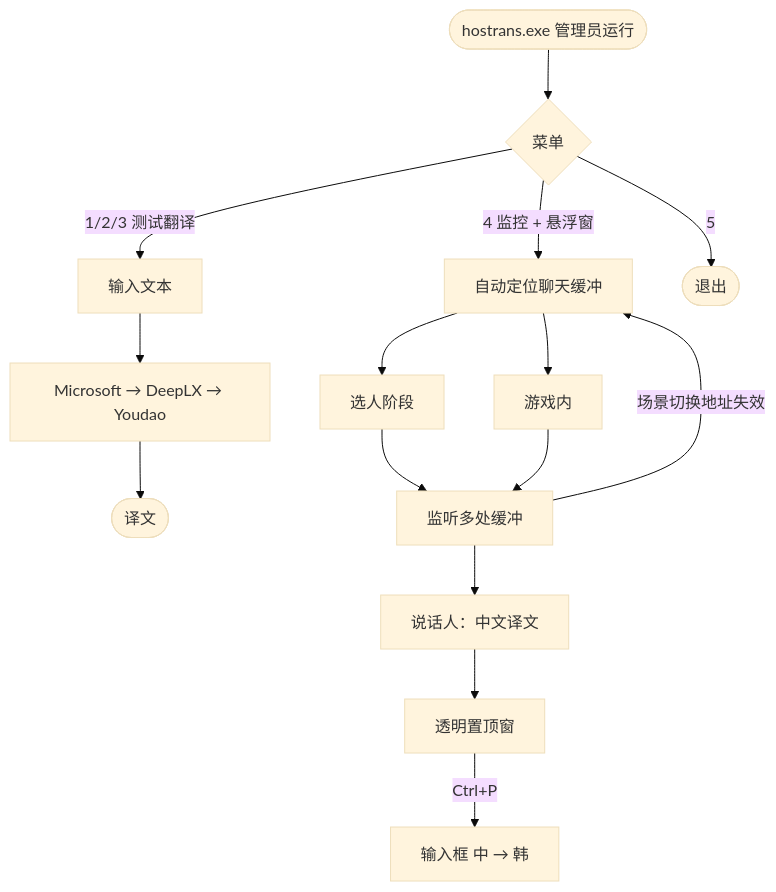
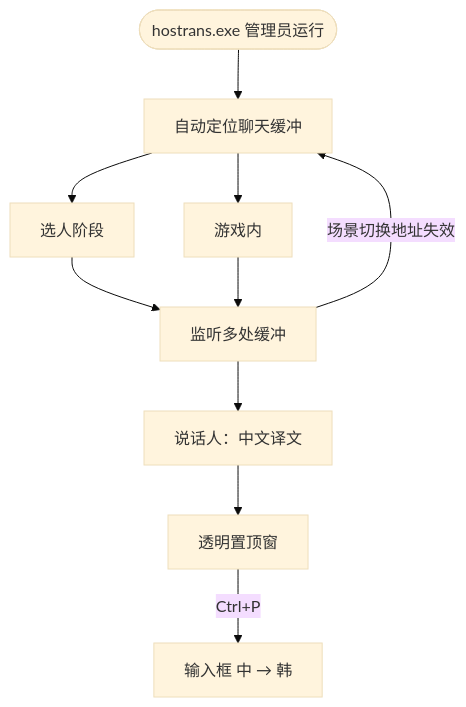
Before and after one commit to lewoking/hostrans-go: the diagram in README.md, drawn with Mermaid (base theme). The commit also changed other lines of this file and 1 other file, not shown here.

Commit message:
refactor: 去掉测试翻译菜单，启动即监控
游戏内 Ctrl+P 中译韩已能验证翻译引擎，不必再单独测。

````diff
--- a/README.md
+++ b/README.md
@@ -5,20 +5,12 @@
 ```mermaid
 flowchart TB
-    Start(["hostrans.exe 管理员运行"]) --> Menu{菜单}
-
-    Menu -->|"1/2/3 测试翻译"| In[输入文本]
-    In --> Eng[Microsoft → DeepLX → Youdao]
-    Eng --> Out([译文])
-
-    Menu -->|"4 监控 + 悬浮窗"| Auto["自动定位聊天缓冲"]
+    Start(["hostrans.exe 管理员运行"]) --> Auto["自动定位聊天缓冲"]
     Auto --> Draft[选人阶段]
     Auto --> InGame[游戏内]
     Draft --> Poll["监听多处缓冲"]
     InGame --> Poll
     Poll -->|场景切换地址失效| Auto
-    Poll --> Parse["说话人：中文译文"]
-    Parse --> OV[透明置顶窗]
+    Poll --> ZH["说话人：中文译文"]
+    ZH --> OV[透明置顶窗]
     OV -->|"Ctrl+P"| Paste["输入框 中 → 韩"]
-
-    Menu -->|5| End([退出])
 ```
````
